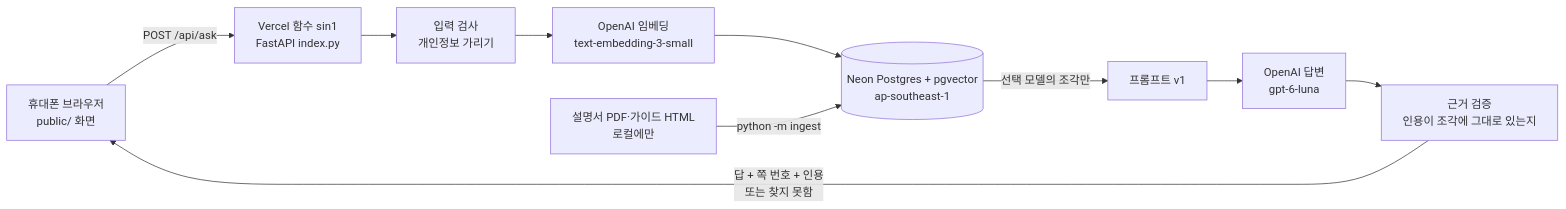
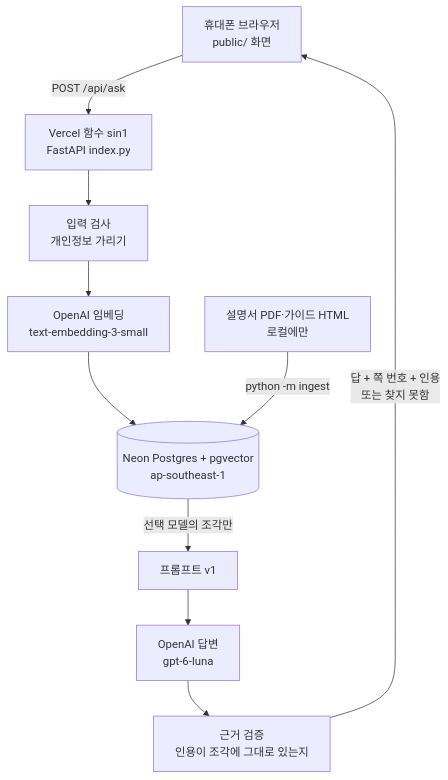
Before and after one commit to mini-cs/pyeobom: the diagram in README.md, drawn with Mermaid.

Commit message:
docs(docs): README 구조 그림을 위에서 아래 방향으로 바꿈
- 무엇을: mermaid flowchart 방향을 LR → TD
- 왜: GitHub에서 그림이 한 줄로 길게 그려져 글자가 너무 작았음(Playwright로 확인)
- 테스트: 문서 변경만 있음

Refs: Task 15 Step 4

````diff
--- a/README.md
+++ b/README.md
@@ -11,12 +11,12 @@
 ```mermaid
-flowchart LR
+flowchart TD
   U[휴대폰 브라우저<br>public/ 화면] -->|POST /api/ask| F[Vercel 함수 sin1<br>FastAPI index.py]
   F --> G[입력 검사<br>개인정보 가리기]
   G --> E[OpenAI 임베딩<br>text-embedding-3-small]
   E --> S[(Neon Postgres + pgvector<br>ap-southeast-1)]
   S -->|선택 모델의 조각만| P[프롬프트 v1]
   P --> L[OpenAI 답변<br>gpt-6-luna]
   L --> V[근거 검증<br>인용이 조각에 그대로 있는지]
   V -->|답 + 쪽 번호 + 인용<br>또는 찾지 못함| U
   M[설명서 PDF·가이드 HTML<br>로컬에만] -->|python -m ingest| S
 ```
````
